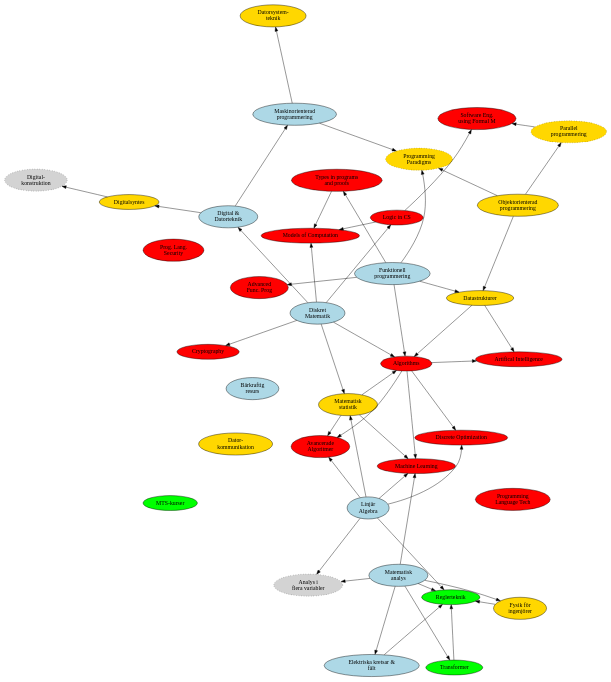
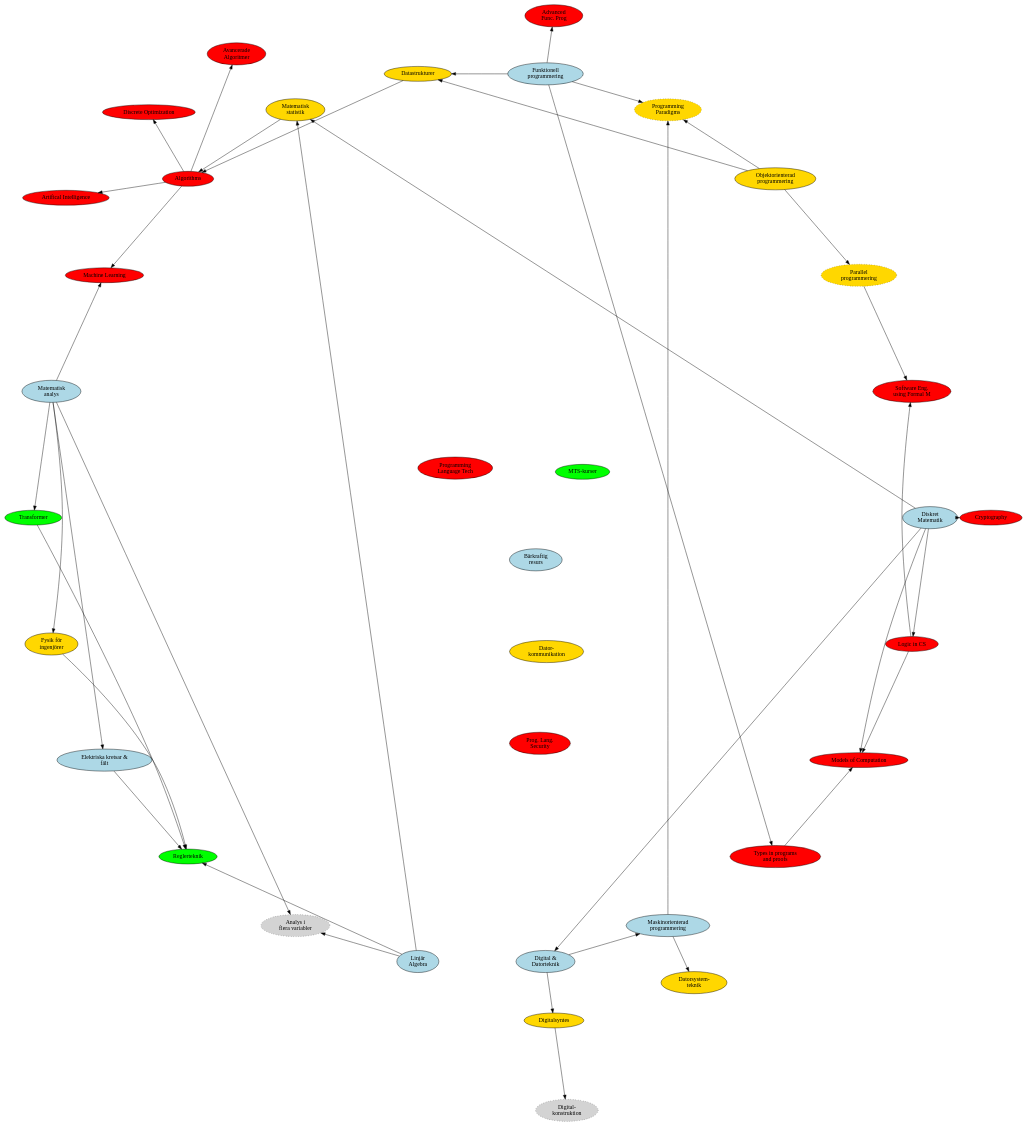
One commit to dtekcth/snd-kursgraf changed the diagram in kursgraf.dot. Above: the diagram before and after it, drawn with Graphviz. The commit also changed 4 other files, not shown here.

```diff
--- a/kursgraf.dot
+++ b/kursgraf.dot
@@ -1,128 +1,118 @@
 digraph G
 {
-	layout=neato
+	layout=circo
 	//nodesep=1
 	splines=true
 	overlap=prism 
 	node [style="solid,filled"]
 
 	
 
-	//TKDAT-1
-	subgraph {
+	subgraph cluster_TKDAT1 {
+                label = "TKDAT-1"
 		rank = same
 		node [fillcolor="lightblue"]
 		haskell [label = "Funktionell\nprogrammering"]
 		diskmat [label = "Diskret\nMatematik"]
 		linalg [label = "Linjär\nAlgebra"]
 		digodat [label = "Digital &\nDatorteknik"]
 		analys [label = "Matematisk\nanalys"]
 		mop [label = "Maskinorienterad\nprogrammering"]
 		el [label = "Elektriska kretsar &\nfält"]
 		barsaft [label = "Bärkraftig\nresurs"]
 	}
 	
 	diskmat -> digodat
 	digodat -> mop
 	analys -> el
 
-	//TKDAT-2
-	subgraph {
+	subgraph cluster_TKDAT2 {
+                label = "TKDAT-2"
 		rank = same
 		node [fillcolor="gold1"]
 		matstat [label = "Matematisk\nstatistik"]
 		oop [label = "Objektorienterad\nprogrammering"]
 		fysik [label = "Fysik för\ningenjörer"]
 		dstrukt [label = "Datastrukturer"]
 		syntes [label = "Digitalsyntes"]
 		subgraph {
 			node [style="dotted, filled"]
 			pp [label = "Programming\nParadigms"]
 			concurrent [label = "Parallel\nprogrammering"]
 		}
 		dst [ label = "Datorsystem-\nteknik"]
 		datakom [label = "Dator-\nkommunikation"]
 	}
 	haskell -> pp
 	haskell -> dstrukt
 	oop -> dstrukt
 	oop -> concurrent
 	oop -> pp
 	mop -> pp
 	digodat -> syntes
 	mop -> dst
 	analys -> fysik
 	linalg -> matstat
 	diskmat -> matstat
 	
-	//TKDAT-3
-	subgraph {
+	subgraph cluster_TKDAT3 {
+                label = "TKDAT-3"
 		rank = same
 		node [fillcolor = "green1"]
 		tss [label = "Transformer"]
 		regler [label = "Reglerteknik"]
 		mts [label = "MTS-kurser"]
 	}
 	tss -> regler
 	analys -> tss
-	analys -> regler
 	fysik -> regler
 	el -> regler
 	linalg -> regler
 	
-	//CSALL
-	subgraph {
+	subgraph cluster_CSALL {
+                label = "CSALL"
 		rank = same
 		node [style ="filled", fillcolor="red"]
 		advAlg [label = "Avancerade\nAlgoritmer"]
 		advFunc [label = "Advanced \n Func. Prog"]
 		logik [label = "Logic in CS"]
 		prolang [label = "Programming \n Language Tech"]
 		ml [label = "Machine Learning"]
 		softEng [label ="Software Eng. \n using Formal M"]
 		discopt [label = "Discrete Optimization"]
 		ai [label ="Artifical Intelligence"]
 		models [label ="Models of Computation"]
 		langsecurity [label ="Prog. Lang. \n Security"]
 		types [label = "Types in programs \n and proofs "]
 		algoritmer [label ="Algorithms"]
 		crypto [label = "Cryptography"]
 	}
 	diskmat -> models
 	logik -> models
 	diskmat -> crypto
 	haskell -> types
 	types -> models
 	algoritmer -> discopt
-	linalg -> discopt
 	concurrent -> softEng
 	logik -> softEng
-	//behövs denna? stat -> algoritmer -> advalg
 	diskmat -> logik
-	matstat -> advAlg
-	linalg -> advAlg
 	algoritmer -> advAlg
 	algoritmer -> ml
 	analys -> ml
-	matstat -> ml
-	linalg -> ml
 	haskell -> advFunc
-	dstrukt -> ai
 	algoritmer -> ai
    
    //Valbara
 	subgraph {
 		node [style="dotted, filled"]
 		flervar [label = "Analys i\nflera variabler"]
 		digkonstr [label = "Digital-\nkonstruktion"]
 	}
 	syntes -> digkonstr
 	linalg -> flervar
 	analys -> flervar
 	dstrukt -> algoritmer
-	haskell -> algoritmer
-	diskmat -> algoritmer
 	matstat -> algoritmer
 
 
 }	
```
